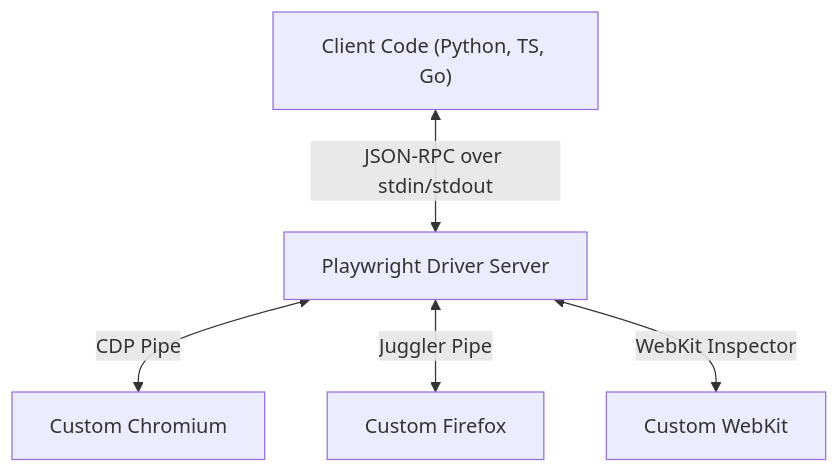
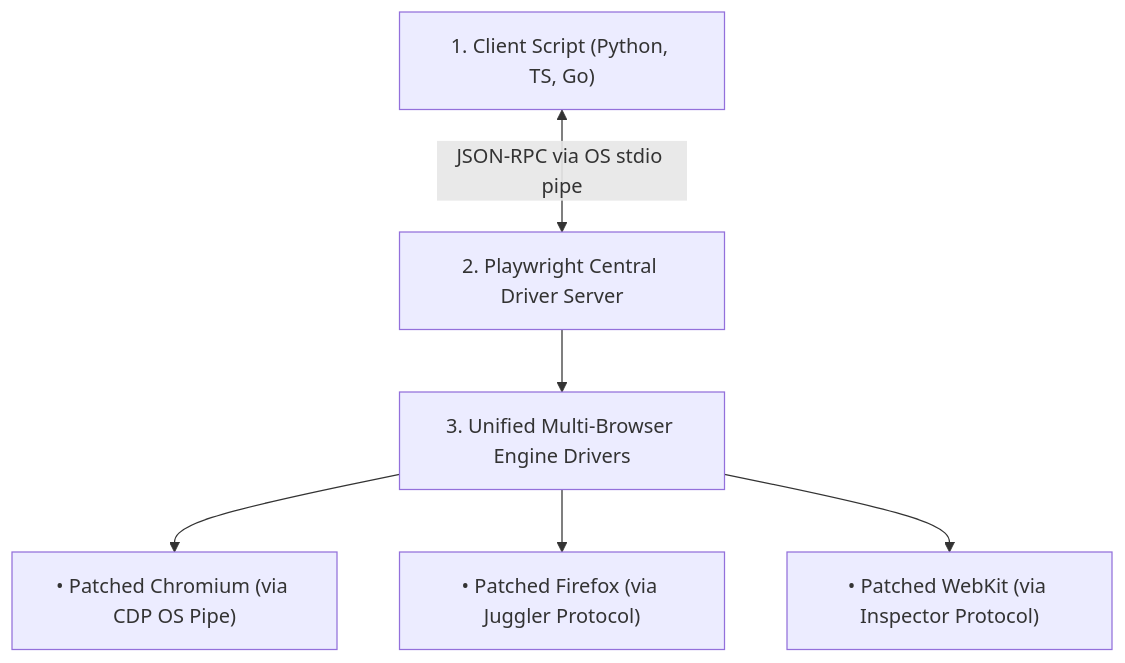
The fourth of 4 diagrams in _posts/2026-10-03-selenium-vs-puppeteer-vs-playwright.md (naimurhasan/naimurhasan.github.io), drawn with Mermaid before and after one commit. The commit also changed other lines of this file and 28 other files, not shown here.

Commit message:
fix(blog): refactor all Mermaid diagrams to vertical legible layouts and restore in-body illustrations

````diff
--- a/_posts/2026-10-03-selenium-vs-puppeteer-vs-playwright.md
+++ b/_posts/2026-10-03-selenium-vs-puppeteer-vs-playwright.md
@@ -93,7 +93,8 @@
 ```mermaid
 flowchart TD
-  Client["Client Code (Python, TS, Go)"] <-->|"JSON-RPC over stdin/stdout"| Server["Playwright Driver Server"]
-  Server <-->|"CDP Pipe"| Chromium["Custom Chromium"]
-  Server <-->|"Juggler Pipe"| Firefox["Custom Firefox"]
-  Server <-->|"WebKit Inspector"| WebKit["Custom WebKit"]
+  Client["1. Client Script (Python, TS, Go)"] <-->|"JSON-RPC via OS stdio pipe"| Server["2. Playwright Central Driver Server"]
+  Server --> Eng["3. Unified Multi-Browser Engine Drivers"]
+  Eng --> Chromium["• Patched Chromium (via CDP OS Pipe)"]
+  Eng --> Firefox["• Patched Firefox (via Juggler Protocol)"]
+  Eng --> WebKit["• Patched WebKit (via Inspector Protocol)"]
 ```
````
